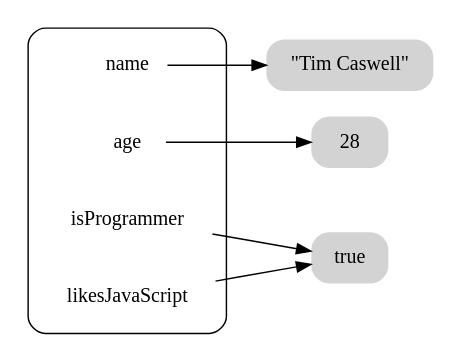
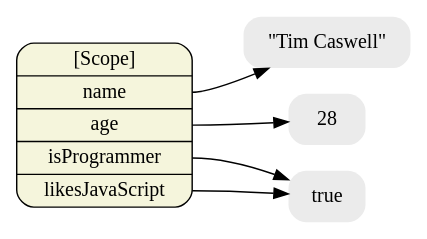
Before and after one commit to creationix/howtonode.org: the diagram in articles/object-graphs/variables.dot, drawn with Graphviz. The commit also changed 5 other files, not shown here.

First line of the commit message:
Update the object-graph article to see closures better.

```diff
--- a/articles/object-graphs/variables.dot
+++ b/articles/object-graphs/variables.dot
@@ -1,25 +1,21 @@
 digraph finite_state_machine {
 	size="8,5"
 	rankdir = "LR"
-	
-	subgraph cluster_0 {
-    style =rounded;
 
-    /* Free Variables */
-    node [shape = plaintext, style=""]
-    name; age; isProgrammer; likesJavaScript;
-
-  }
+  /* Execution Contexts */
+  node [shape=Mrecord, fillcolor=beige, style=filled];
+  top [label="<__proto__>[Scope]|<name>name|<age>age|<isProgrammer>isProgrammer|<likesJavaScript>likesJavaScript"]
 
   /* Literals */
-  node [shape = plaintext, fillcolor=lightGrey, style="filled,rounded"];
+  node [shape = plaintext, fillcolor=gray92, style="filled,rounded"];
   timcaswell [label="\"Tim Caswell\""]
   n28 [label="28"]
   true [label="true"]
 
-  name -> timcaswell;
-  age -> n28;
-  isProgrammer -> true;
-  likesJavaScript -> true;
-  
+  /* References */
+  top:name -> timcaswell;
+  top:age -> n28;
+  top:isProgrammer -> true;
+  top:likesJavaScript -> true;
+ 
 }
```
